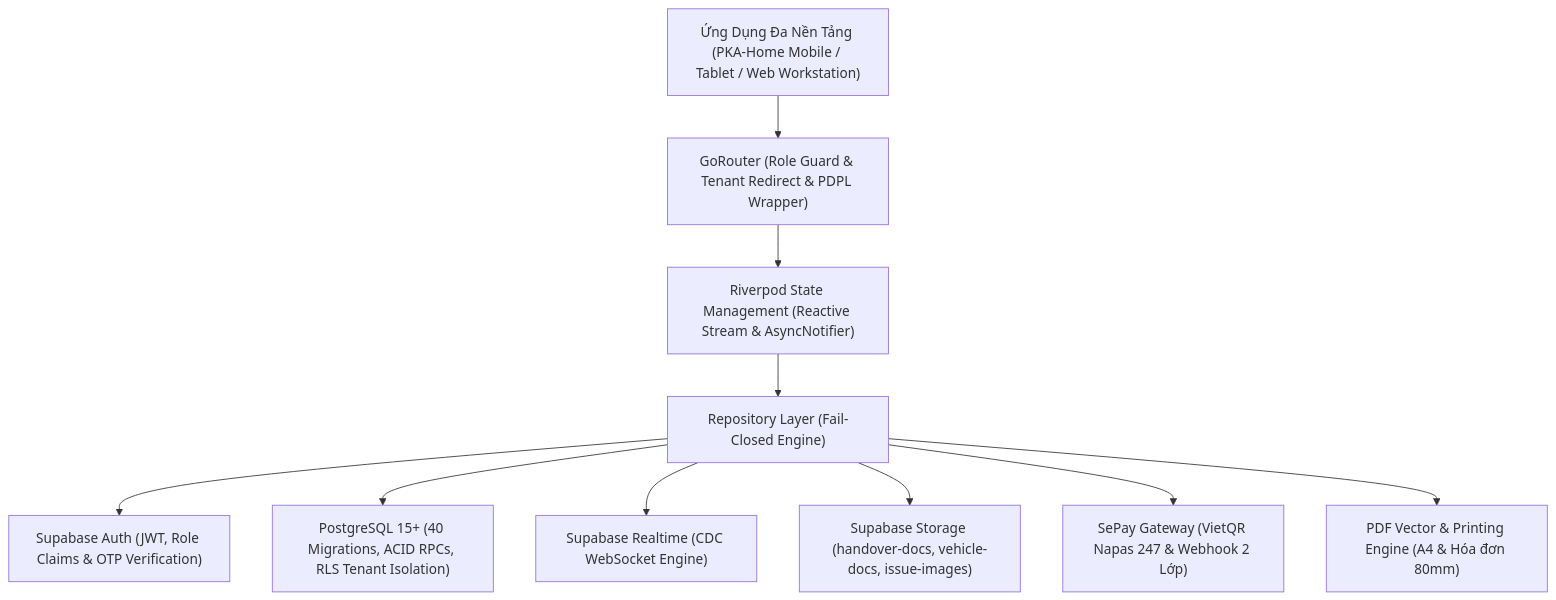
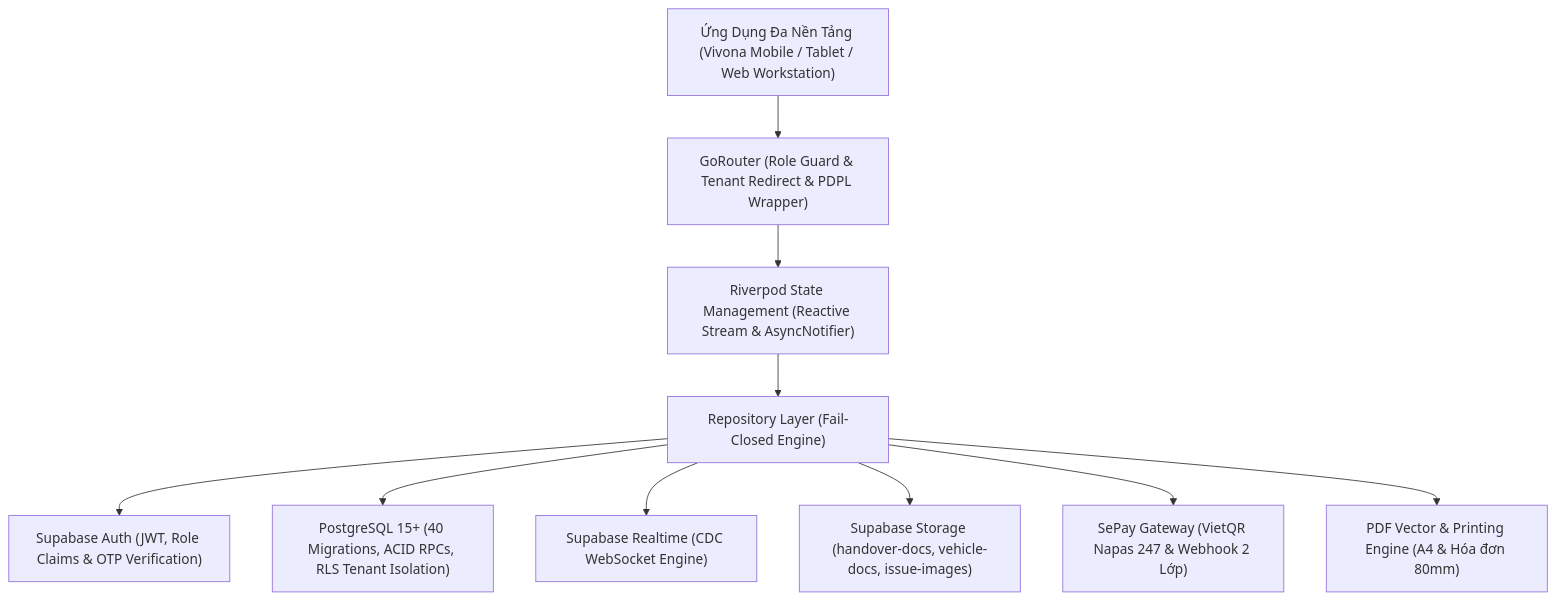
One commit to PVM-05/PKA-Home changed the diagram in README.md. Above: the diagram before and after it, drawn with Mermaid. The commit also changed other lines of this file and 405 other files, not shown here.

Commit message:
feat(brand): tai dinh vi thuong hieu toan dien tu pka-home sang vivona (cap do 3)

````diff
--- a/README.md
+++ b/README.md
@@ -43,24 +44,24 @@
 ```mermaid
 graph TD
-    Client["Ứng Dụng Đa Nền Tảng (PKA-Home Mobile / Tablet / Web Workstation)"]
+    Client["Ứng Dụng Đa Nền Tảng (Vivona Mobile / Tablet / Web Workstation)"]
     Router["GoRouter (Role Guard & Tenant Redirect & PDPL Wrapper)"]
     State["Riverpod State Management (Reactive Stream & AsyncNotifier)"]
     Repo["Repository Layer (Fail-Closed Engine)"]
 
     SubAuth["Supabase Auth (JWT, Role Claims & OTP Verification)"]
     SubDB["PostgreSQL 15+ (40 Migrations, ACID RPCs, RLS Tenant Isolation)"]
     SubRT["Supabase Realtime (CDC WebSocket Engine)"]
     SubStorage["Supabase Storage (handover-docs, vehicle-docs, issue-images)"]
     SePay["SePay Gateway (VietQR Napas 247 & Webhook 2 Lớp)"]
     PdfEngine["PDF Vector & Printing Engine (A4 & Hóa đơn 80mm)"]
 
     Client --> Router
     Router --> State
     State --> Repo
     Repo --> SubAuth
     Repo --> SubDB
     Repo --> SubRT
     Repo --> SubStorage
     Repo --> SePay
     Repo --> PdfEngine
 ```
````
